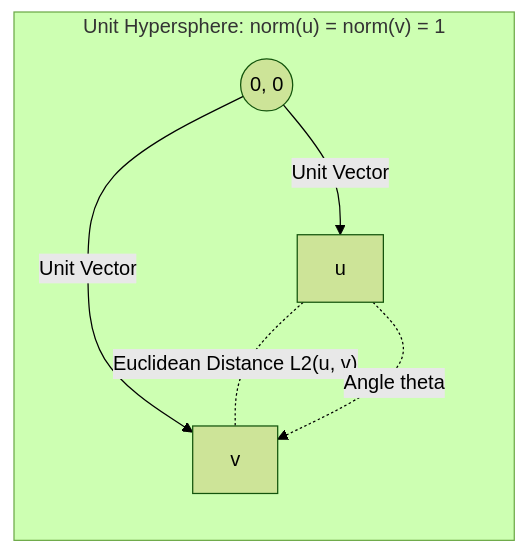
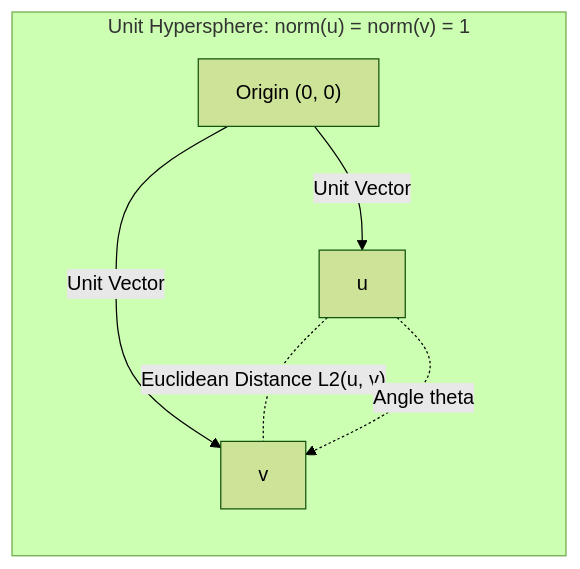
One commit to divyansh070/ml_notes changed the sixth of 8 diagrams in rag-guide/02-retrieval-primitives.md. Above: the diagram before and after it, drawn with Mermaid (forest theme). The commit also changed other lines of this file, not shown here.

Commit message:
fix(rag-guide): harden all Mermaid diagrams in 02-retrieval-primitives.md for GitHub

````diff
--- a/rag-guide/02-retrieval-primitives.md
+++ b/rag-guide/02-retrieval-primitives.md
@@ -538,9 +538,9 @@
 ```mermaid
 graph LR
     subgraph METRIC_SPACE ["Unit Hypersphere: norm(u) = norm(v) = 1"]
-        ORIGIN((0, 0)) -->|"Unit Vector"| U["u"]
+        ORIGIN["Origin (0, 0)"] -->|"Unit Vector"| U["u"]
         ORIGIN -->|"Unit Vector"| V["v"]
         U -.-|"Euclidean Distance L2(u, v)"| V
         U -.->|"Angle theta"| V
     end
 ```
````
